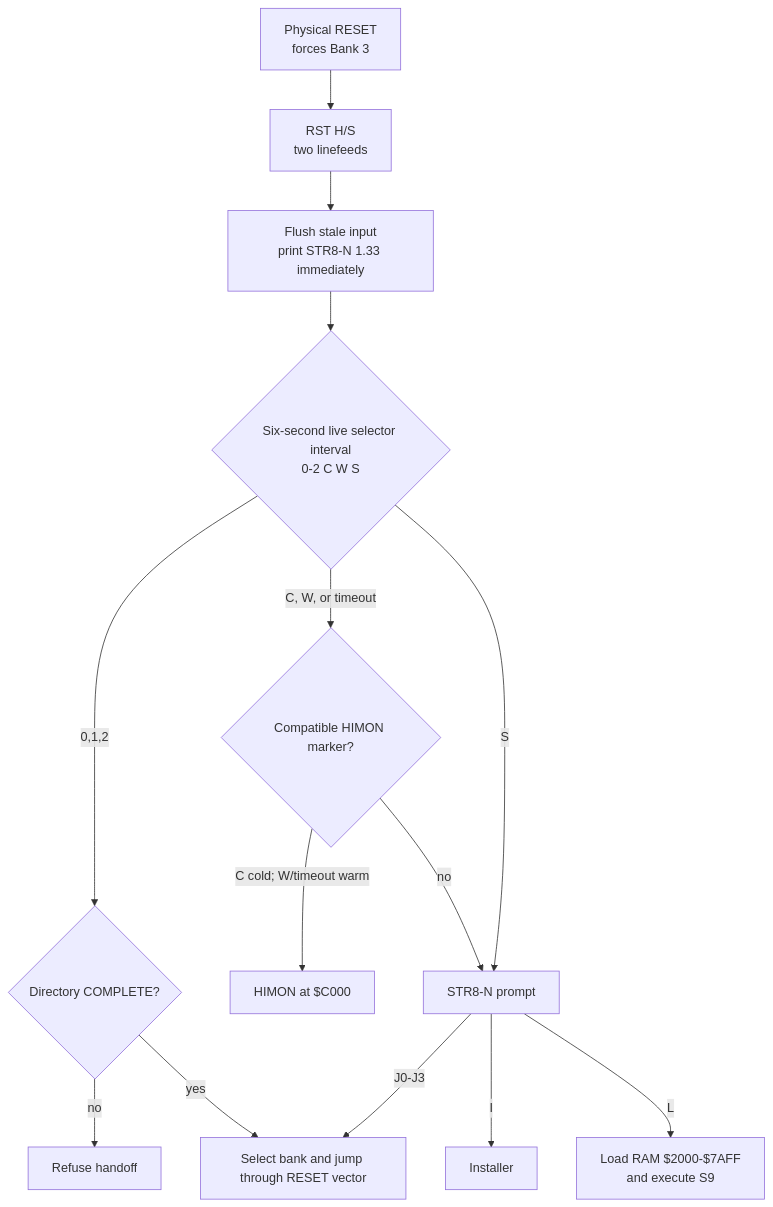
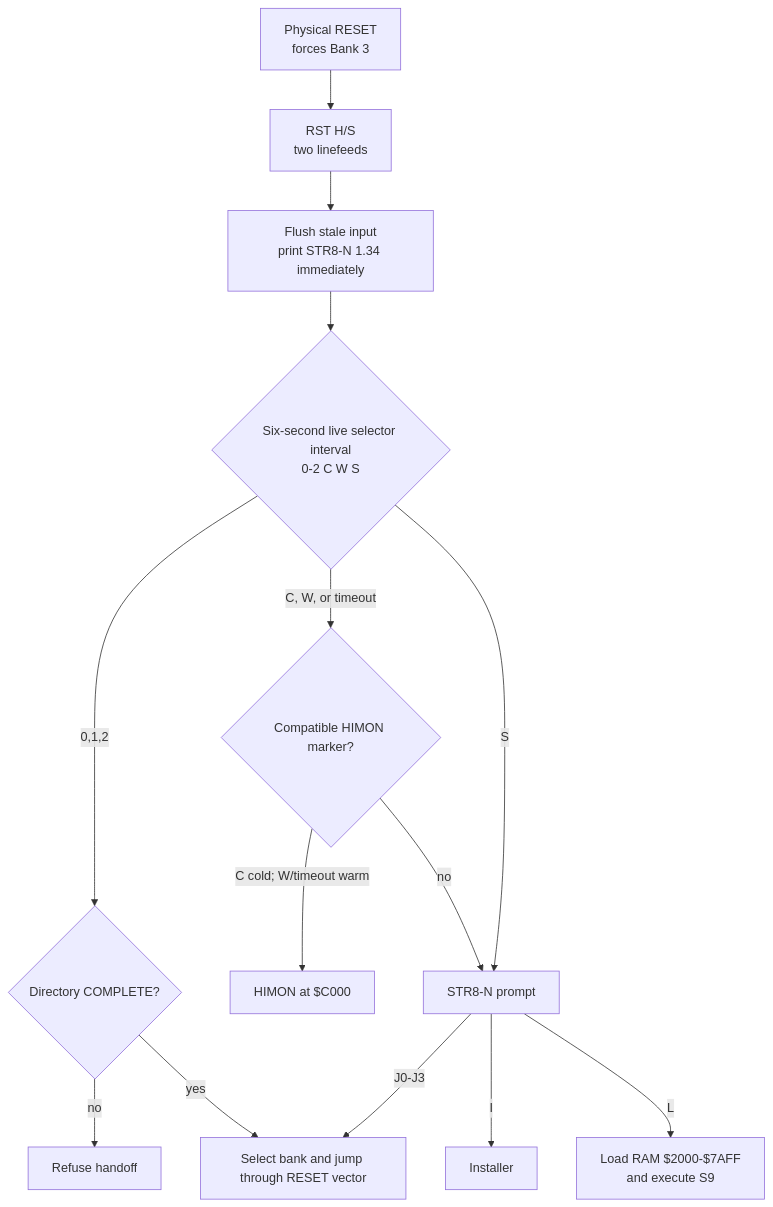
Before and after one commit to 95westus/STR8-N: the fourth of 14 diagrams in docs/MAPS.md, drawn with Mermaid. The commit also changed other lines of this file and 66 other files, not shown here.

````diff
--- a/docs/MAPS.md
+++ b/docs/MAPS.md
@@ -89,16 +90,16 @@
 ```mermaid
 flowchart TD
     R[Physical RESET<br/>forces Bank 3] --> A[RST H/S<br/>two linefeeds]
-    A --> P[Flush stale input<br/>print STR8-N 1.33 immediately]
+    A --> P[Flush stale input<br/>print STR8-N 1.34 immediately]
     P --> Q{Six-second live selector interval<br/>0-2 C W S}
     Q -->|0,1,2| C{Directory COMPLETE?}
     C -->|no| F[Refuse handoff]
     C -->|yes| J[Select bank and jump through RESET vector]
     Q -->|C, W, or timeout| M{Compatible HIMON marker?}
     M -->|C cold; W/timeout warm| H[HIMON at $C000]
     M -->|no| S[STR8-N prompt]
     Q -->|S| S
     S -->|J0-J3| J
     S -->|I| I[Installer]
     S -->|L| L[Load RAM $2000-$7AFF<br/>and execute S9]
 ```
````
